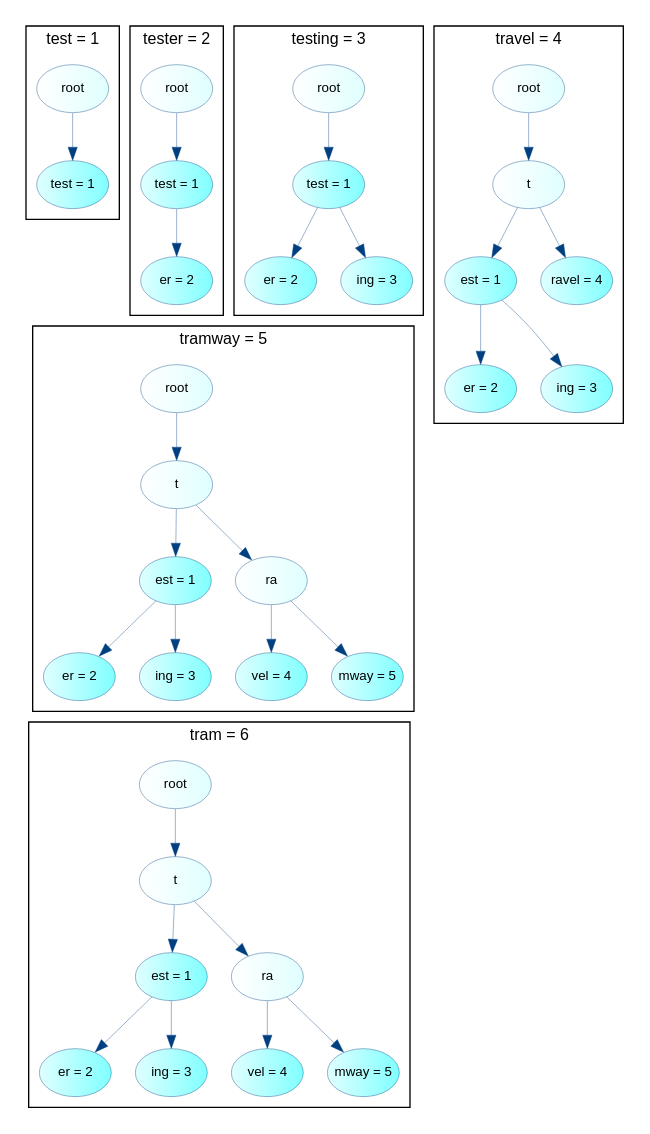
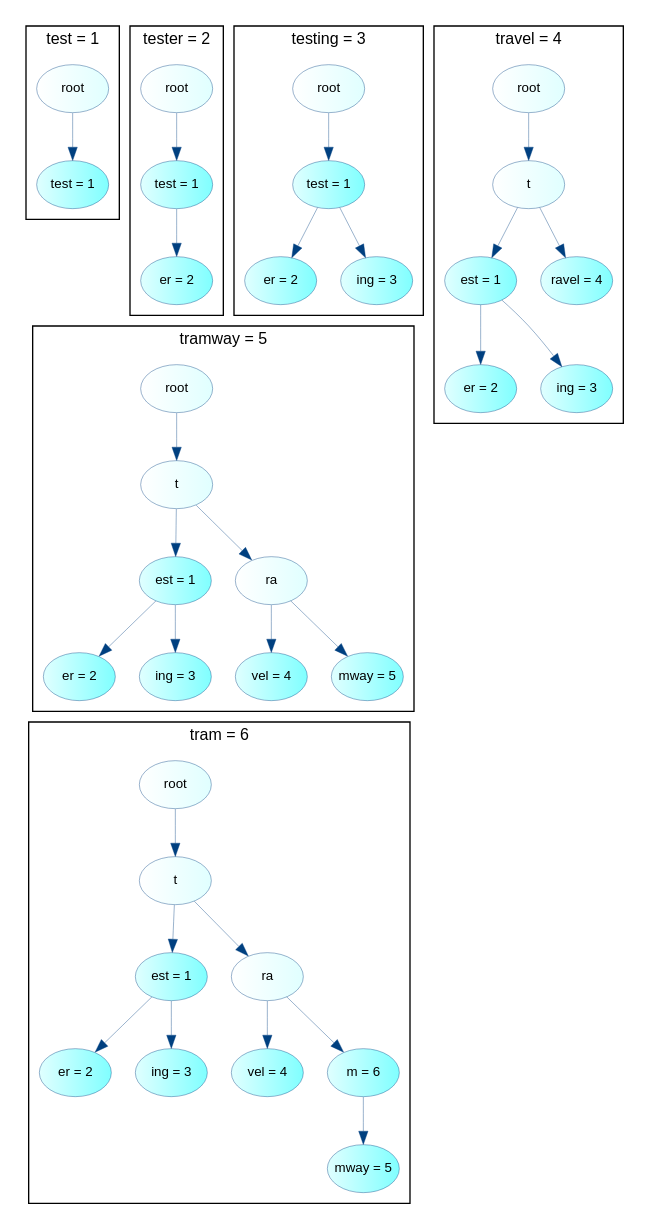
Before and after one commit to liberatix/automaton-core: the diagram in state/state_transitions.dot, drawn with Graphviz. The commit also changed 1 other file, not shown here.

```diff
--- a/state/state_transitions.dot
+++ b/state/state_transitions.dot
@@ -1,136 +1,138 @@
 digraph G {
   bgcolor=white
   fontcolor=black
   labelloc=t
   fontname=Arial
   fontsize=12
 
   node[
     shape=oval
     style="rounded,filled"
     fillcolor="#ffffff:#e0ffff"
     margin=0
     fontname=Helvetica fontsize=10 fontcolor=black
     penwidth=0.3
     color="#004080"
   ]
   
   edge[
     color="#004080"
     penwidth=0.3
   ]
 
   // test=1
   subgraph cluster_a {
     label="test = 1"
     a_root -> a_test
     a_root[label="root"]
     a_test[label="test = 1" fillcolor="#e0ffff:#80ffff"]
   }
 
   // tester=2
   subgraph cluster_b {
     label="tester = 2"
     b_root -> b_test
     b_test -> b_test_er
     b_root[label="root"]
     b_test[label="test = 1" fillcolor="#e0ffff:#80ffff"]
     b_test_er[label="er = 2" fillcolor="#e0ffff:#80ffff"]
   }
 
   // testing=3
   subgraph cluster_c {
     label="testing = 3"
     c_root -> c_test
     c_test -> c_test_er
     c_test -> c_test_ing
     c_root[label="root"]
     c_test[label="test = 1" fillcolor="#e0ffff:#80ffff"]
     c_test_er[label="er = 2" fillcolor="#e0ffff:#80ffff"]
     c_test_ing[label="ing = 3" fillcolor="#e0ffff:#80ffff"]
   }
 
   // travel=4
   subgraph cluster_d {
     label="travel = 4"
     d_root -> d_t
     d_t -> { d_t_est d_t_ravel }
     d_t_est -> d_t_est_er
     d_t_est -> d_t_est_ing
     d_root[label="root"]
     d_t[label="t"]
     d_t_est[label="est = 1" fillcolor="#e0ffff:#80ffff"]
     d_t_est_er[label="er = 2" fillcolor="#e0ffff:#80ffff"]
     d_t_est_ing[label="ing = 3" fillcolor="#e0ffff:#80ffff"]
     d_t_ravel[label="ravel = 4" fillcolor="#e0ffff:#80ffff"]
   }
 
   // tramway=5
   subgraph cluster_e {
     label="tramway = 5"
     e_root -> e_t
     e_t -> { e_t_est e_t_ra }
     e_t_est -> e_t_est_er
     e_t_est -> e_t_est_ing
     e_t_ra -> { e_t_ra_vel e_t_ra_mway }
     e_root[label="root"]
     e_t[label="t"]
     e_t_est[label="est = 1" fillcolor="#e0ffff:#80ffff"]
     e_t_est_er[label="er = 2" fillcolor="#e0ffff:#80ffff"]
     e_t_est_ing[label="ing = 3" fillcolor="#e0ffff:#80ffff"]
     e_t_ra[label="ra"]
     e_t_ra_vel[label="vel = 4" fillcolor="#e0ffff:#80ffff"]
     e_t_ra_mway[label="mway = 5" fillcolor="#e0ffff:#80ffff"]
   }
 
   // tram=6
   subgraph cluster_f {
     label="tram = 6"
     f_root -> f_t
     f_t -> { f_t_est f_t_ra }
     f_t_est -> f_t_est_er
     f_t_est -> f_t_est_ing
-    f_t_ra -> { f_t_ra_vel f_t_ra_mway }
+    f_t_ra -> { f_t_ra_vel f_t_ra_m }
+    f_t_ra_m -> f_t_ra_m_way
     f_root[label="root"]
     f_t[label="t"]
     f_t_est[label="est = 1" fillcolor="#e0ffff:#80ffff"]
     f_t_est_er[label="er = 2" fillcolor="#e0ffff:#80ffff"]
     f_t_est_ing[label="ing = 3" fillcolor="#e0ffff:#80ffff"]
     f_t_ra[label="ra"]
     f_t_ra_vel[label="vel = 4" fillcolor="#e0ffff:#80ffff"]
-    f_t_ra_mway[label="mway = 5" fillcolor="#e0ffff:#80ffff"]
+    f_t_ra_m[label="m = 6" fillcolor="#e0ffff:#80ffff"]
+    f_t_ra_m_way[label="mway = 5" fillcolor="#e0ffff:#80ffff"]
   }
 
   // align clusters
   // a_test -> d_root [style=invis]
   // b_test_er -> d_root [style=invis]
   // c_test_er -> d_root [style=invis]
 
   // c_test_er -> e_root [style=invis]
   // c_test_er -> f_root [style=invis]
   b_test_er -> e_root [style=invis]
   e_t_est_ing -> f_root [style=invis]
 
 /*
   subgraph cluster_2 {
     root -> t
     t -> {
       t_est
       t_ra
     }
 
     t_est -> { test_er test_ing }
     t_ra -> { tra_vel tra_m }
     tra_m -> { tram_way }
 
     t[label="t"]
     t_est[label="est = 1" fillcolor="#e0ffff:#80ffff"]
     test_er[label="er = 2" fillcolor="#e0ffff:#80ffff"]
     test_ing[label="ing = 3" fillcolor="#e0ffff:#80ffff"]
     t_ra[label="ra"]
     tra_vel[label="vel = 4" fillcolor="#e0ffff:#80ffff"]
     tra_m[label="m = 6" fillcolor=black fontcolor=white]
     tram_way[label="way = 5" fillcolor=black fontcolor=white]
   }
 */
 }
```
